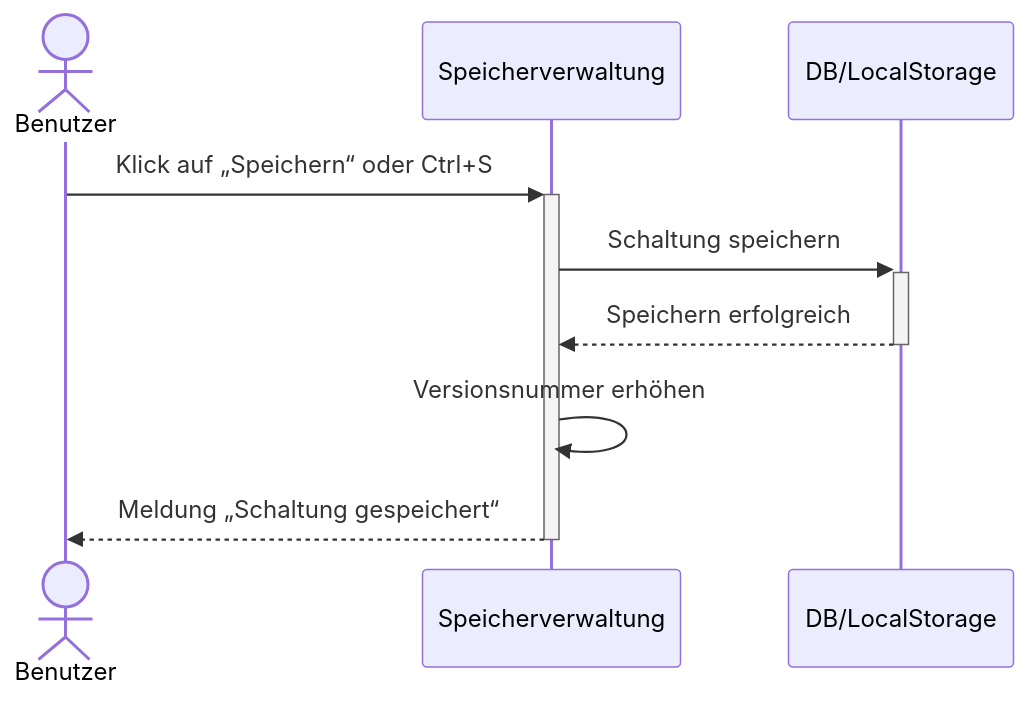
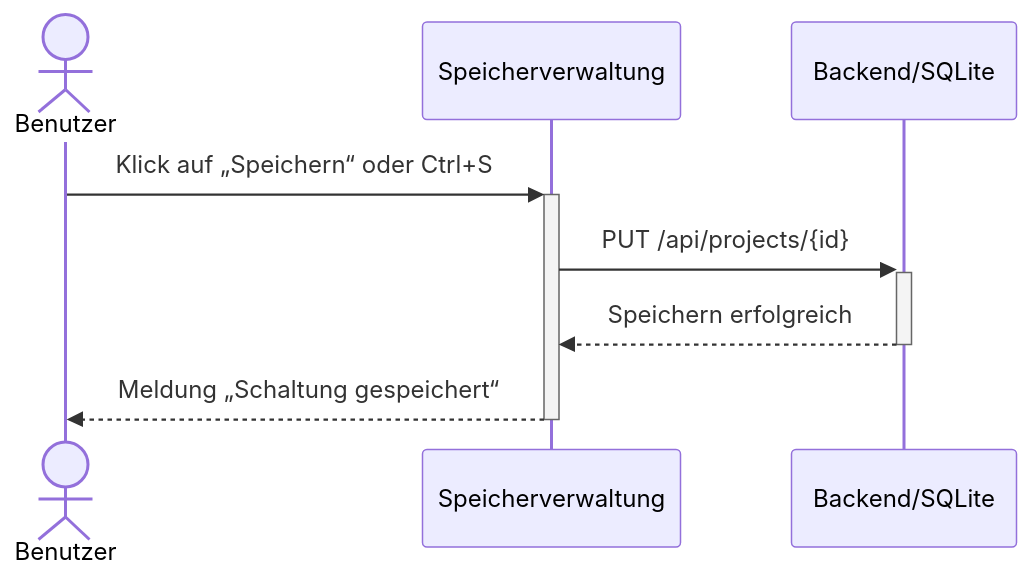
Diagram 28 of 43 in docs/use_cases/software_requirements_specification.md (BitFlow-DHBW/BitFlow), drawn with Mermaid before and after one commit. The commit also changed other lines of this file and 9 other files, not shown here.

````diff
--- a/docs/use_cases/software_requirements_specification.md
+++ b/docs/use_cases/software_requirements_specification.md
@@ -869,12 +928,11 @@
 ```mermaid
 sequenceDiagram
     actor Benutzer
     participant System as Speicherverwaltung
-    participant DB as DB/LocalStorage
+    participant DB as Backend/SQLite
 
     Benutzer ->>+ System: Klick auf „Speichern“ oder Ctrl+S
-    System ->>+ DB: Schaltung speichern
+    System ->>+ DB: PUT /api/projects/{id}
     DB -->>- System: Speichern erfolgreich
-    System ->> System: Versionsnummer erhöhen
     System -->>- Benutzer: Meldung „Schaltung gespeichert“
 ```
````
